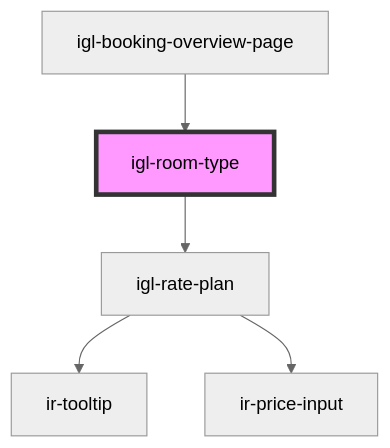
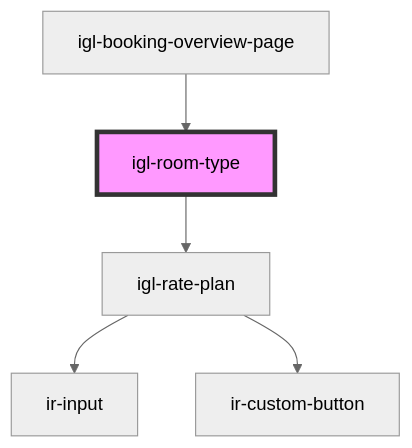
One commit to David1Chowaifaty/modified-ir-webcmp changed the diagram in src/components/igloo-calendar/igl-book-property/igl-booking-overview-page/igl-room-type/readme.md. Above: the diagram before and after it, drawn with Mermaid (neutral theme). The commit also changed 28 other files, not shown here.

````diff
--- a/src/components/igloo-calendar/igl-book-property/igl-booking-overview-page/igl-room-type/readme.md
+++ b/src/components/igloo-calendar/igl-book-property/igl-booking-overview-page/igl-room-type/readme.md
@@ -40,8 +40,8 @@
 ```mermaid
 graph TD;
   igl-room-type --> igl-rate-plan
-  igl-rate-plan --> ir-tooltip
-  igl-rate-plan --> ir-price-input
+  igl-rate-plan --> ir-input
+  igl-rate-plan --> ir-custom-button
   igl-booking-overview-page --> igl-room-type
   style igl-room-type fill:#f9f,stroke:#333,stroke-width:4px
 ```
````
